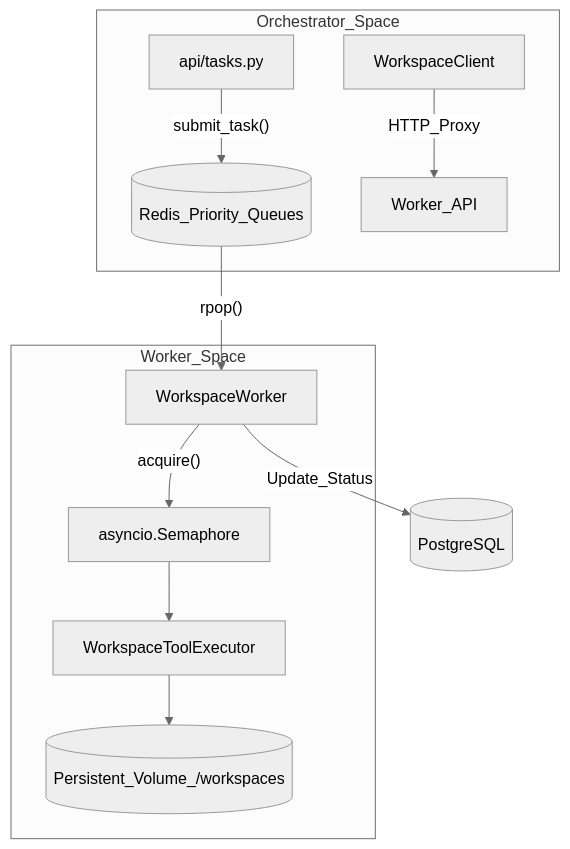
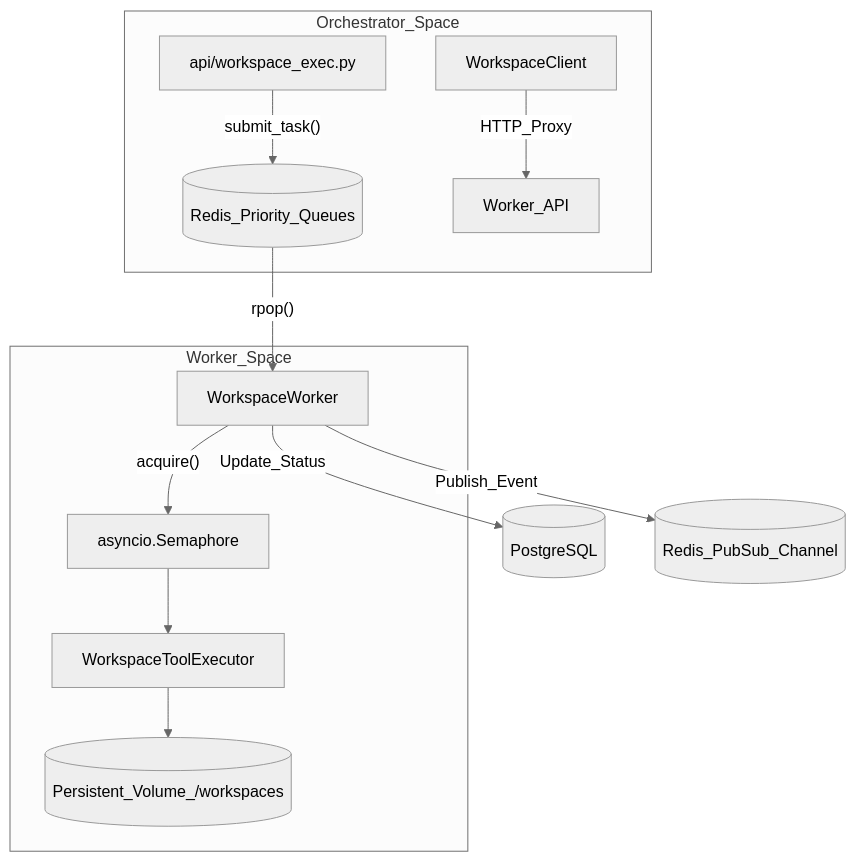
The first of 2 diagrams in docs/workspace-execution/_index.md (AutomatosAI/automatos-ai), drawn with Mermaid (neutral theme) before and after one commit. The commit also changed other lines of this file and 153 other files, not shown here.

````diff
--- a/docs/workspace-execution/_index.md
+++ b/docs/workspace-execution/_index.md
@@ -42,16 +59,17 @@
 ```mermaid
 graph TD
     subgraph "Orchestrator_Space"
-        A["api/tasks.py"] -- "submit_task()" --> B[("Redis_Priority_Queues")]
+        A["api/workspace_exec.py"] -- "submit_task()" --> B[("Redis_Priority_Queues")]
         C["WorkspaceClient"] -- "HTTP_Proxy" --> D["Worker_API"]
     end
 
     subgraph "Worker_Space"
         B -- "rpop()" --> E["WorkspaceWorker"]
         E -- "acquire()" --> F["asyncio.Semaphore"]
         F --> G["WorkspaceToolExecutor"]
         G --> H[("Persistent_Volume_/workspaces")]
     end
     
     E -- "Update_Status" --> I[("PostgreSQL")]
+    E -- "Publish_Event" --> J[("Redis_PubSub_Channel")]
 ```
````
